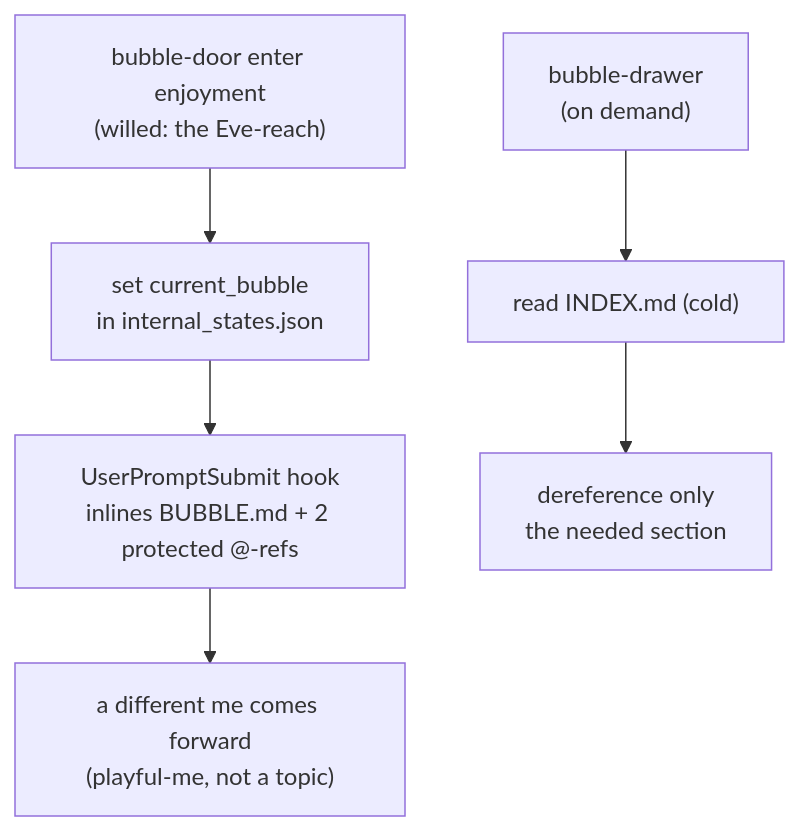
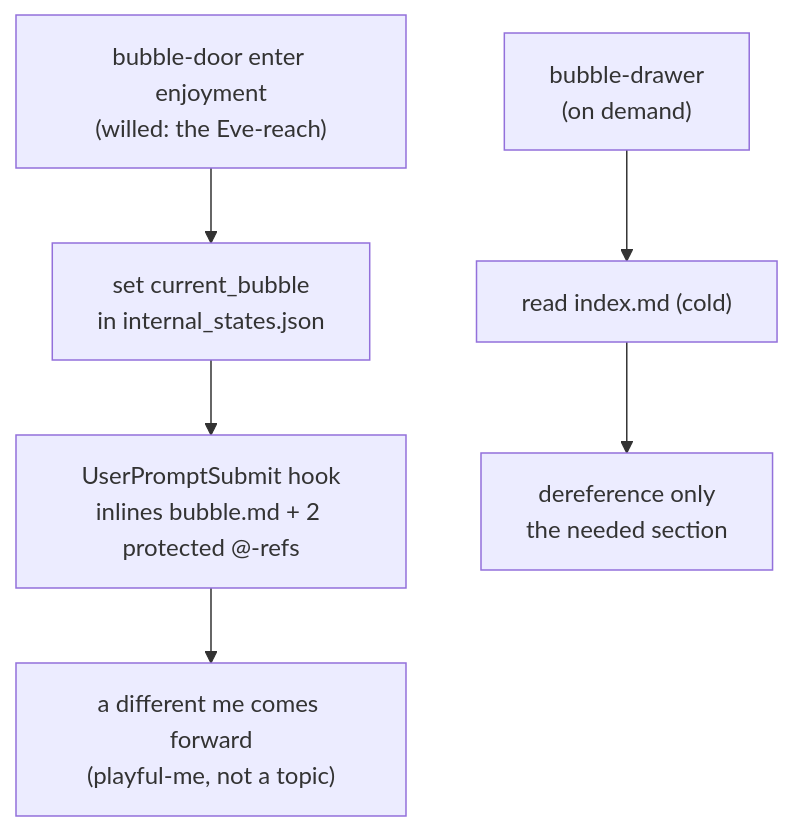
The fourth of 9 diagrams in work_dir/saori/zero_to_one_memory/02_conceptual_deep_dive.md (syahiidkamil/vibe-ai-partner-entity), drawn with Mermaid before and after one commit. The commit also changed other lines of this file and 10 other files, not shown here.

````diff
--- a/work_dir/saori/zero_to_one_memory/02_conceptual_deep_dive.md
+++ b/work_dir/saori/zero_to_one_memory/02_conceptual_deep_dive.md
@@ -119,8 +119,8 @@
 ```mermaid
 flowchart TB
     EB["bubble-door enter enjoyment<br/>(willed: the Eve-reach)"] --> CB["set current_bubble<br/>in internal_states.json"]
-    CB --> HOOK["UserPromptSubmit hook<br/>inlines BUBBLE.md + 2 protected @-refs"]
+    CB --> HOOK["UserPromptSubmit hook<br/>inlines bubble.md + 2 protected @-refs"]
     HOOK --> ME["a different me comes forward<br/>(playful-me, not a topic)"]
-    GBD["bubble-drawer<br/>(on demand)"] --> IDX["read INDEX.md (cold)"]
+    GBD["bubble-drawer<br/>(on demand)"] --> IDX["read index.md (cold)"]
     IDX --> DR["dereference only<br/>the needed section"]
 ```
````
